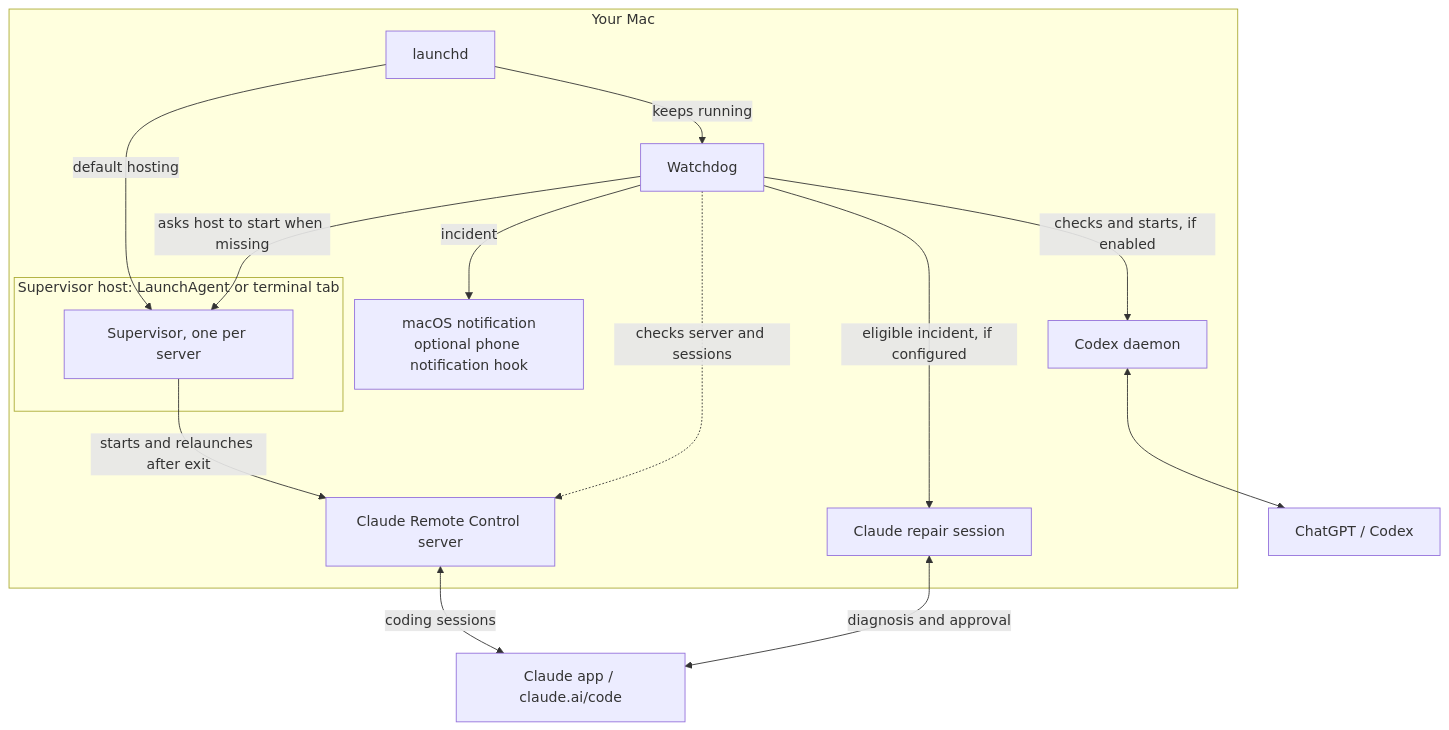
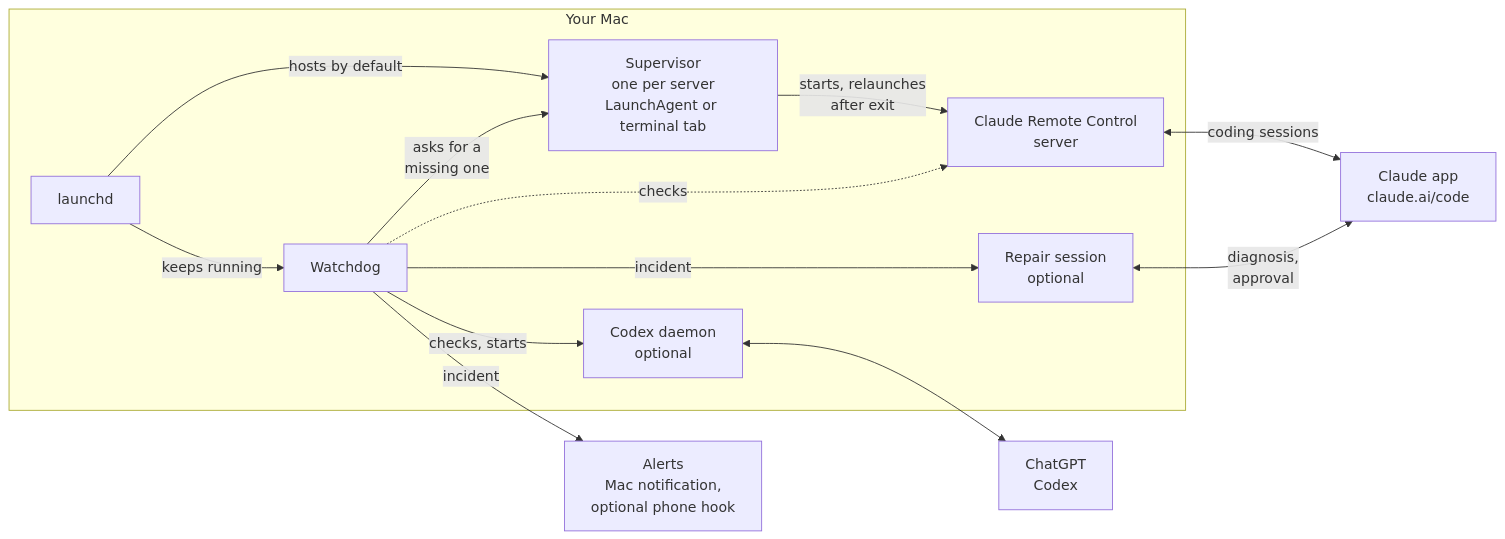
The diagram in README.md (iLubenets/remote-agents), drawn with Mermaid before and after one commit.

Commit message:
README: tidier component diagram

````diff
--- a/README.md
+++ b/README.md
@@ -17,23 +17,28 @@
 ```mermaid
-flowchart TB
+flowchart LR
   subgraph mac["Your Mac"]
-    launchd["launchd"] -->|keeps running| watchdog["Watchdog"]
-
-    subgraph host["Supervisor host: LaunchAgent or terminal tab"]
-      supervisor["Supervisor, one per server"]
-    end
-
-    launchd -->|default hosting| supervisor
-    watchdog -->|asks host to start when missing| supervisor
-    supervisor -->|starts and relaunches after exit| server["Claude Remote Control server"]
-    watchdog -.->|checks server and sessions| server
-
-    watchdog -->|incident| notify["macOS notification<br/>optional phone notification hook"]
-    watchdog -->|eligible incident, if configured| repair["Claude repair session"]
-    watchdog -->|checks and starts, if enabled| codex["Codex daemon"]
+    launchd["launchd"]
+    supervisor["Supervisor<br/>one per server<br/>LaunchAgent or terminal tab"]
+    server["Claude Remote Control<br/>server"]
+    watchdog["Watchdog"]
+    repair["Repair session<br/>optional"]
+    codex["Codex daemon<br/>optional"]
   end
 
-  server <-->|coding sessions| claudeApp["Claude app / claude.ai/code"]
-  repair <-->|diagnosis and approval| claudeApp
-  codex <--> codexApp["ChatGPT / Codex"]
+  claudeApp["Claude app<br/>claude.ai/code"]
+  alerts["Alerts<br/>Mac notification,<br/>optional phone hook"]
+  codexApp["ChatGPT<br/>Codex"]
+
+  launchd -->|hosts by default| supervisor
+  supervisor -->|starts, relaunches<br/>after exit| server
+  server <-->|coding sessions| claudeApp
+
+  launchd -->|keeps running| watchdog
+  watchdog -.->|checks| server
+  watchdog -->|asks for a<br/>missing one| supervisor
+  watchdog -->|incident| alerts
+  watchdog -->|incident| repair
+  repair <-->|diagnosis,<br/>approval| claudeApp
+  watchdog -->|checks, starts| codex
+  codex <--> codexApp
 ```
````
